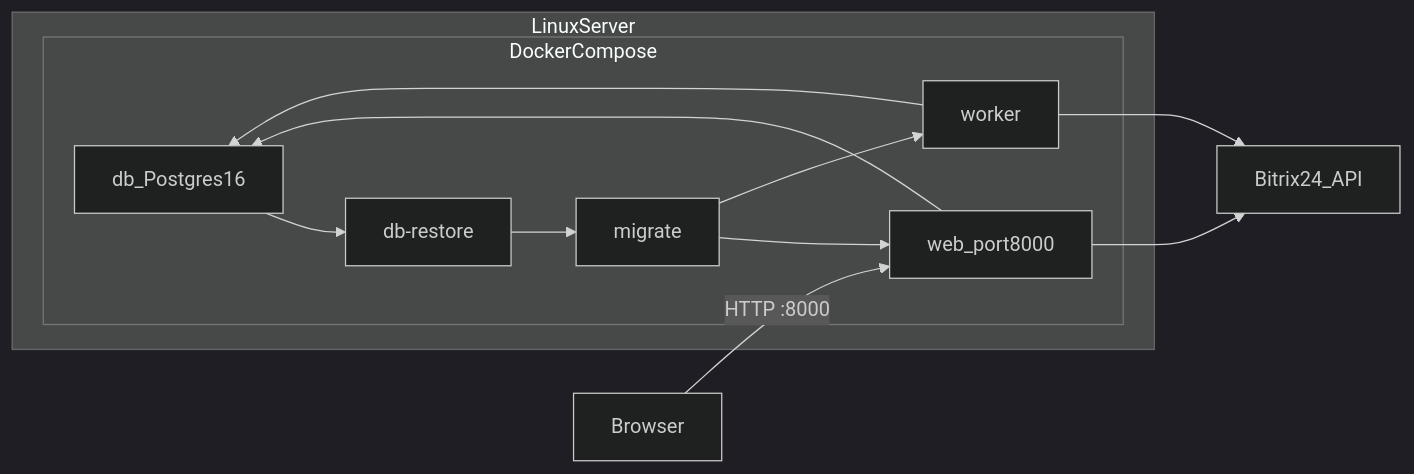
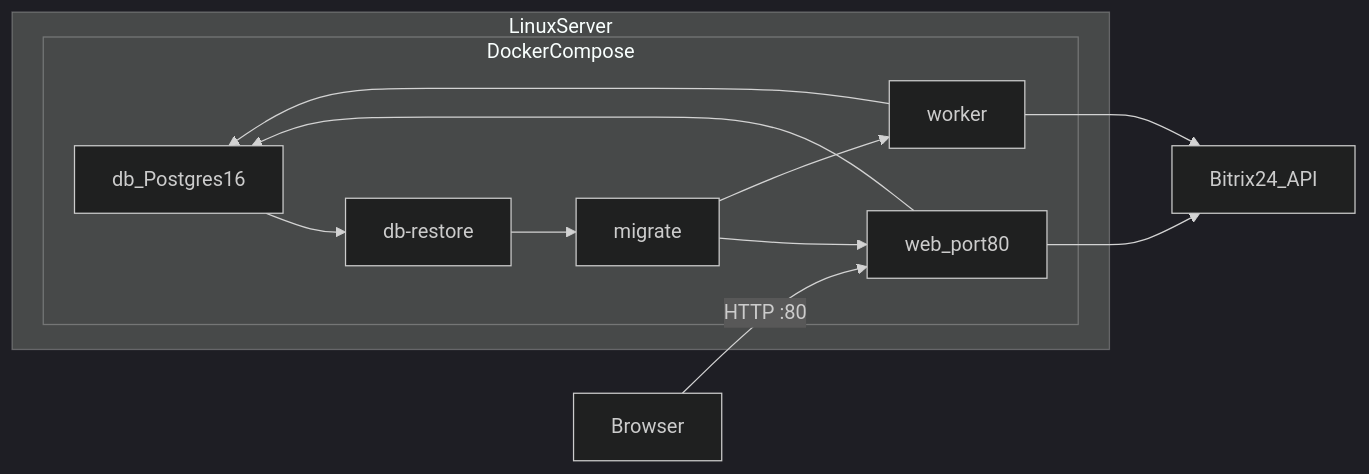
One commit to Parallel-Solutions/Anechka changed the diagram in DEPLOY_LINUX.md. Above: the diagram before and after it, drawn with Mermaid (dark theme). The commit also changed other lines of this file and 81 other files, not shown here.

````diff
--- a/DEPLOY_LINUX.md
+++ b/DEPLOY_LINUX.md
@@ -7,20 +7,20 @@
 ```mermaid
 flowchart LR
   subgraph host [LinuxServer]
     subgraph compose [DockerCompose]
       db[db_Postgres16]
       restore[db-restore]
       migrate[migrate]
-      web[web_port8000]
+      web[web_port80]
       worker[worker]
     end
   end
   db --> restore --> migrate
   migrate --> web
   migrate --> worker
-  browser[Browser] -->|"HTTP :8000"| web
+  browser[Browser] -->|"HTTP :80"| web
   web --> db
   worker --> db
   web --> bitrix[Bitrix24_API]
   worker --> bitrix
 ```
````
